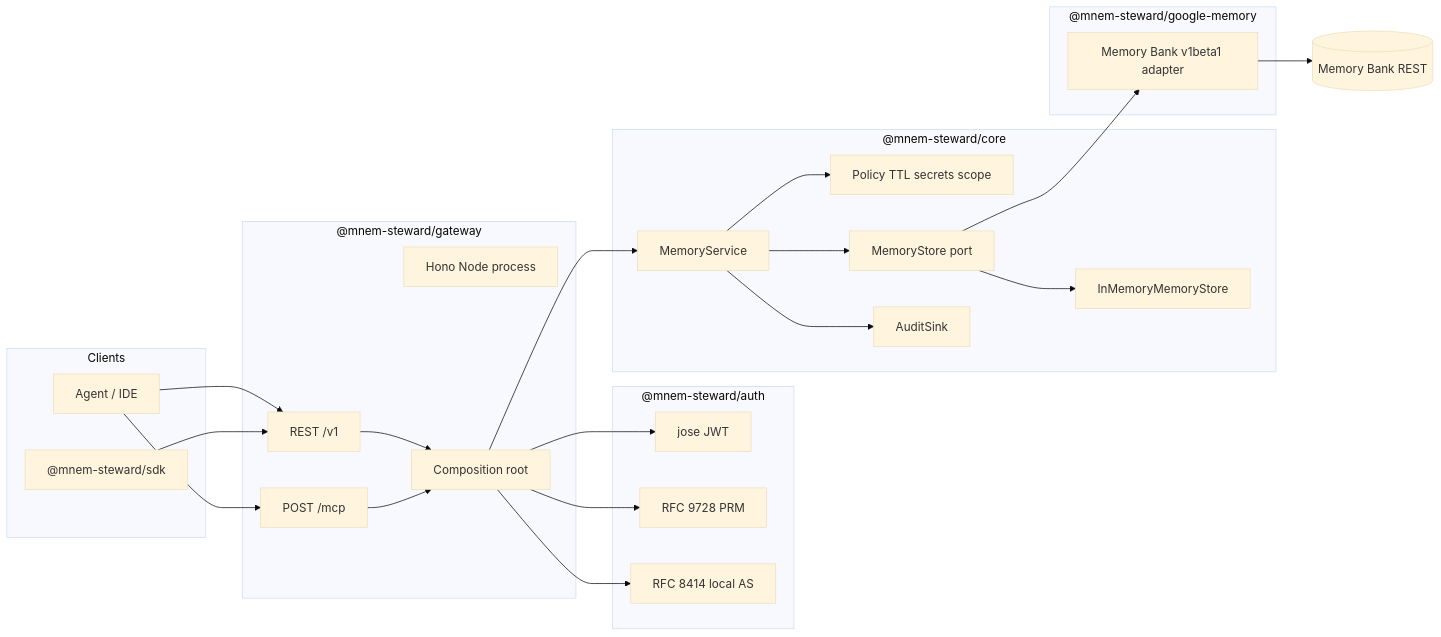
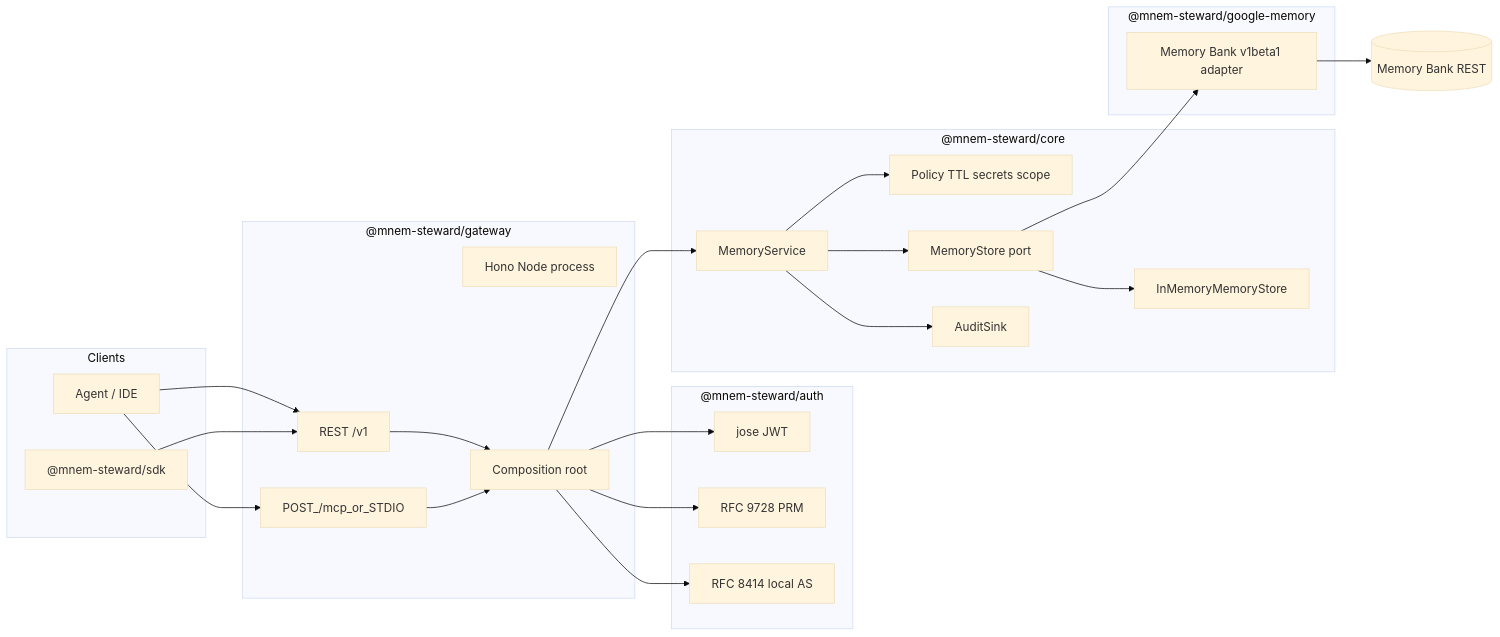
One commit to yu-iskw/mnem-steward changed the first of 2 diagrams in docs/rfc/0001-enterprise-agent-memory-platform.md. Above: the diagram before and after it, drawn with Mermaid (base theme). The commit also changed other lines of this file and 21 other files, not shown here.

First line of the commit message:
feat(gateway): STDIO MCP transport and DirectMemory generate hardening (#2)

````diff
--- a/docs/rfc/0001-enterprise-agent-memory-platform.md
+++ b/docs/rfc/0001-enterprise-agent-memory-platform.md
@@ -45,44 +45,44 @@
 ```mermaid
 flowchart LR
   subgraph clients [Clients]
     Agent[Agent / IDE]
     SDK["@mnem-steward/sdk"]
   end
   subgraph gatewayPkg ["@mnem-steward/gateway"]
     Hono[Hono Node process]
     REST[REST /v1]
-    MCP["POST /mcp"]
+    MCP["POST_/mcp_or_STDIO"]
     Comp[Composition root]
   end
   subgraph authPkg ["@mnem-steward/auth"]
     JWT[jose JWT]
     PRM[RFC 9728 PRM]
     AS[RFC 8414 local AS]
   end
   subgraph corePkg ["@mnem-steward/core"]
     Svc[MemoryService]
     Pol[Policy TTL secrets scope]
     Port[MemoryStore port]
     Mem[InMemoryMemoryStore]
     Audit[AuditSink]
   end
   subgraph googlePkg ["@mnem-steward/google-memory"]
     Adapt[Memory Bank v1beta1 adapter]
   end
   MB[(Memory Bank REST)]
   Agent --> REST
   Agent --> MCP
   SDK --> REST
   REST --> Comp
   MCP --> Comp
   Comp --> JWT
   Comp --> Svc
   Svc --> Pol
   Svc --> Port
   Svc --> Audit
   Port --> Mem
   Port --> Adapt
   Adapt --> MB
   Comp --> PRM
   Comp --> AS
 ```
````
